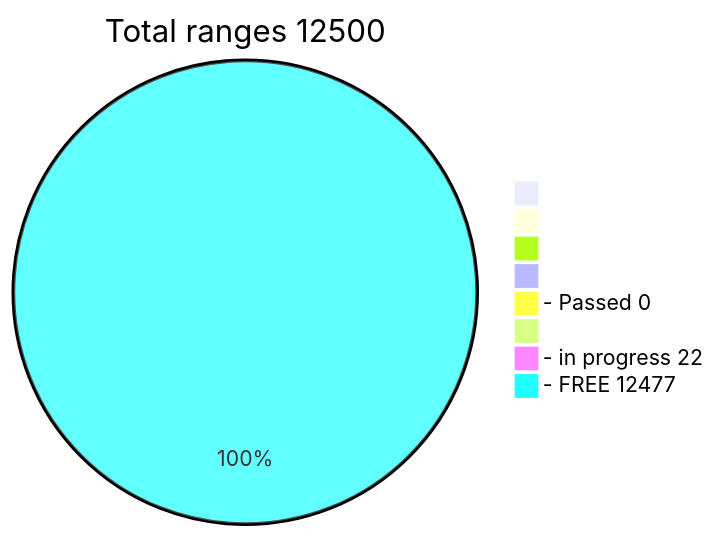
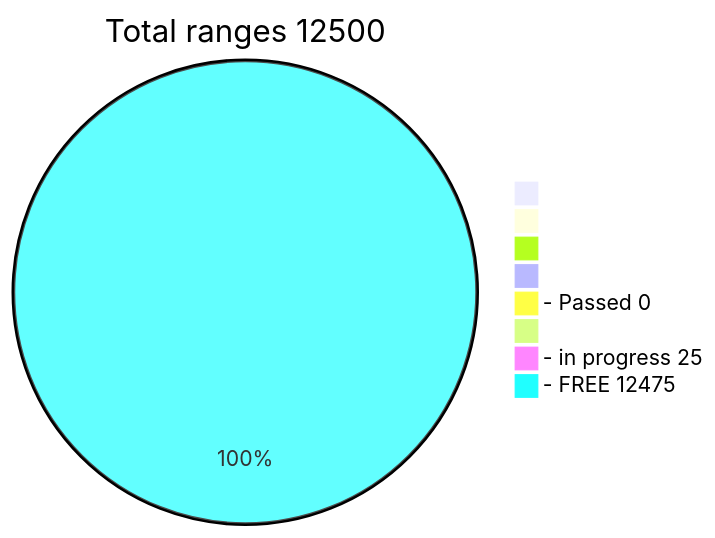
Before and after one commit to phrutis/Passphrases: the diagram in README.md, drawn with Mermaid.

````diff
--- a/README.md
+++ b/README.md
@@ -3,12 +3,12 @@
 ```mermaid
 pie title Total ranges 12500
              " " : 0
             "  " : 0
            "   " : 0
           "    " : 0
   "- Passed 0" : 0
          "     " : 0
-  "- in progress 22" : 23
-   "- FREE 12477" : 12477
+  "- in progress 25" : 25
+   "- FREE 12475" : 12475
    
 ```
````
